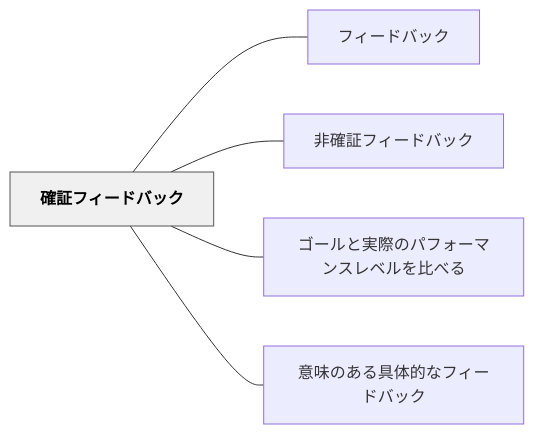
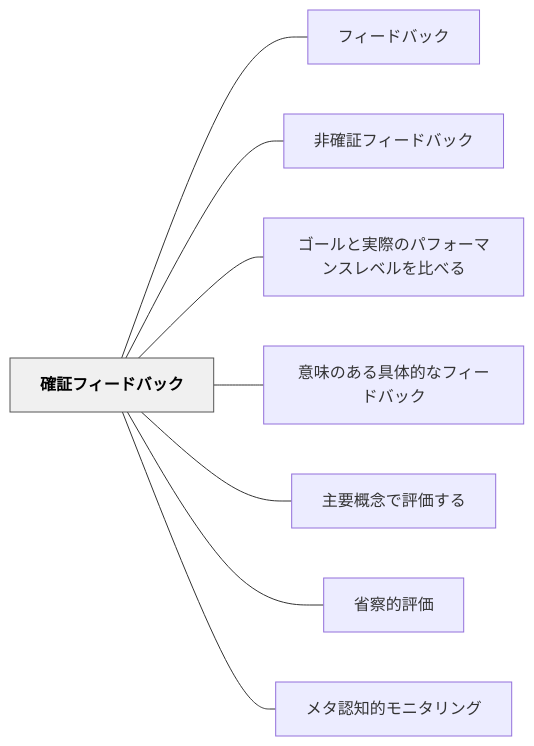
One commit to unknownthings-ed-patterns/unknownthings-ed-patterns changed the diagram in content/パタン/確証フィードバック.md. Above: the diagram before and after it, drawn with Mermaid. The commit also changed other lines of this file and 71 other files, not shown here.

````diff
--- a/content/パタン/確証フィードバック.md
+++ b/content/パタン/確証フィードバック.md
@@ -52,16 +55,22 @@
 ```mermaid
 flowchart LR
     ne7a2bae8a8bce38395e382a3e383bce38389e38390e38383e382af["確証フィードバック"]
     ne38395e382a3e383bce38389e38390e38383e382af["フィードバック"]
     ne99d9ee7a2bae8a8bce38395e382a3e383bce38389e38390e38383e382af["非確証フィードバック"]
     ne382b4e383bce383abe381a8e5ae9fe99a9be381aee38391e38395e382a9e383bce3839ee383b3e382b9e383ace38399e383abe38292e6af94e381b9e3828b["ゴールと実際のパフォーマンスレベルを比べる"]
     ne6848fe591b3e381aee38182e3828be585b7e4bd93e79a84e381aae38395e382a3e383bce38389e38390e38383e382af["意味のある具体的なフィードバック"]
+    ne4b8bbe8a681e6a682e5bfb5e381a7e8a995e4bea1e38199e3828b["主要概念で評価する"]
+    ne79c81e5af9fe79a84e8a995e4bea1["省察的評価"]
+    ne383a1e382bfe8aa8de79fa5e79a84e383a2e3838be382bfe383aae383b3e382b0["メタ認知的モニタリング"]
 
     ne7a2bae8a8bce38395e382a3e383bce38389e38390e38383e382af --- ne38395e382a3e383bce38389e38390e38383e382af
     ne7a2bae8a8bce38395e382a3e383bce38389e38390e38383e382af --- ne99d9ee7a2bae8a8bce38395e382a3e383bce38389e38390e38383e382af
     ne7a2bae8a8bce38395e382a3e383bce38389e38390e38383e382af --- ne382b4e383bce383abe381a8e5ae9fe99a9be381aee38391e38395e382a9e383bce3839ee383b3e382b9e383ace38399e383abe38292e6af94e381b9e3828b
     ne7a2bae8a8bce38395e382a3e383bce38389e38390e38383e382af --- ne6848fe591b3e381aee38182e3828be585b7e4bd93e79a84e381aae38395e382a3e383bce38389e38390e38383e382af
+    ne7a2bae8a8bce38395e382a3e383bce38389e38390e38383e382af --- ne4b8bbe8a681e6a682e5bfb5e381a7e8a995e4bea1e38199e3828b
+    ne7a2bae8a8bce38395e382a3e383bce38389e38390e38383e382af --- ne79c81e5af9fe79a84e8a995e4bea1
+    ne7a2bae8a8bce38395e382a3e383bce38389e38390e38383e382af --- ne383a1e382bfe8aa8de79fa5e79a84e383a2e3838be382bfe383aae383b3e382b0
 
     classDef hub fill:#f0f0f0,stroke:#555,color:#000,font-weight:bold
     class ne7a2bae8a8bce38395e382a3e383bce38389e38390e38383e382af hub
 ```
````
